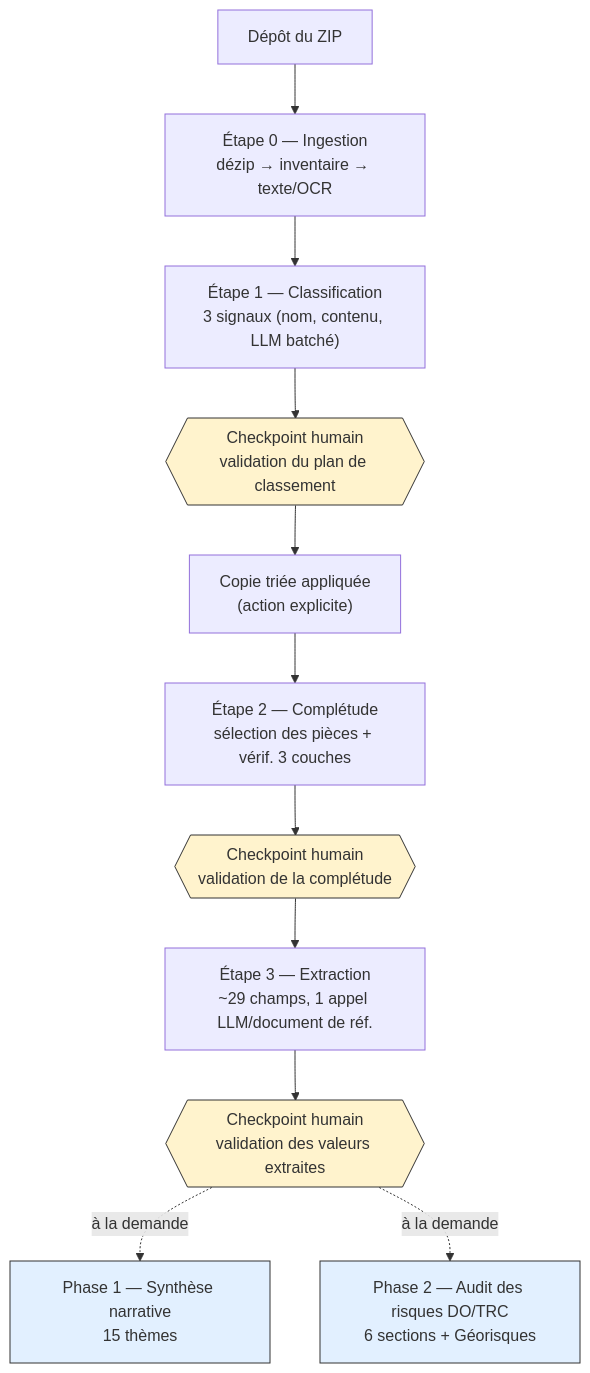
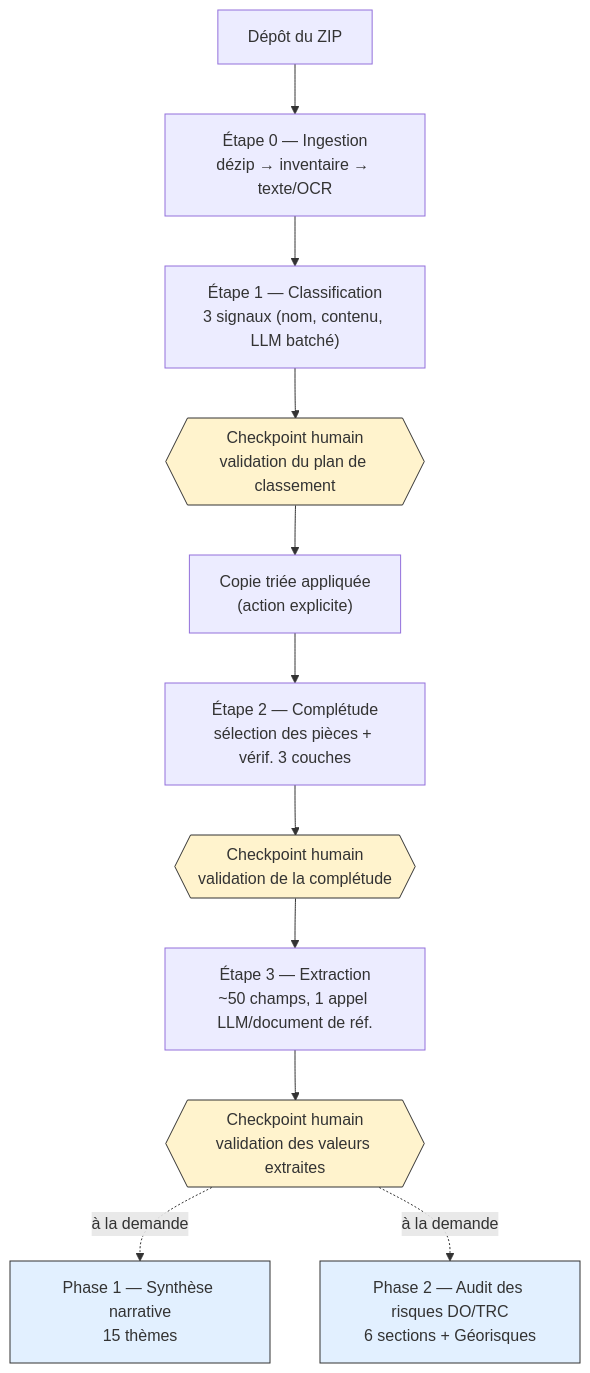
The third of 9 diagrams in docs/ARCHITECTURE.md (louisclzzzzzzz/AOP-app-v2), drawn with Mermaid before and after one commit. The commit also changed other lines of this file, not shown here.

First line of the commit message:
Met à jour ARCHITECTURE.md : schéma d'extraction à 50 champs, couche sémantique

````diff
--- a/docs/ARCHITECTURE.md
+++ b/docs/ARCHITECTURE.md
@@ -184,19 +184,19 @@
 ```mermaid
 flowchart TD
     A[Dépôt du ZIP] --> B["Étape 0 — Ingestion<br/>dézip → inventaire → texte/OCR"]
     B --> C["Étape 1 — Classification<br/>3 signaux (nom, contenu, LLM batché)"]
     C --> D{{"Checkpoint humain<br/>validation du plan de classement"}}
     D --> E["Copie triée appliquée<br/>(action explicite)"]
     E --> F["Étape 2 — Complétude<br/>sélection des pièces + vérif. 3 couches"]
     F --> G{{"Checkpoint humain<br/>validation de la complétude"}}
-    G --> H["Étape 3 — Extraction<br/>~29 champs, 1 appel LLM/document de réf."]
+    G --> H["Étape 3 — Extraction<br/>~50 champs, 1 appel LLM/document de réf."]
     H --> I{{"Checkpoint humain<br/>validation des valeurs extraites"}}
     I -.à la demande.-> J["Phase 1 — Synthèse narrative<br/>15 thèmes"]
     I -.à la demande.-> K["Phase 2 — Audit des risques DO/TRC<br/>6 sections + Géorisques"]
 
     style D fill:#fff3cd,stroke:#333
     style G fill:#fff3cd,stroke:#333
     style I fill:#fff3cd,stroke:#333
     style J fill:#e2f0ff,stroke:#333
     style K fill:#e2f0ff,stroke:#333
 ```
````
